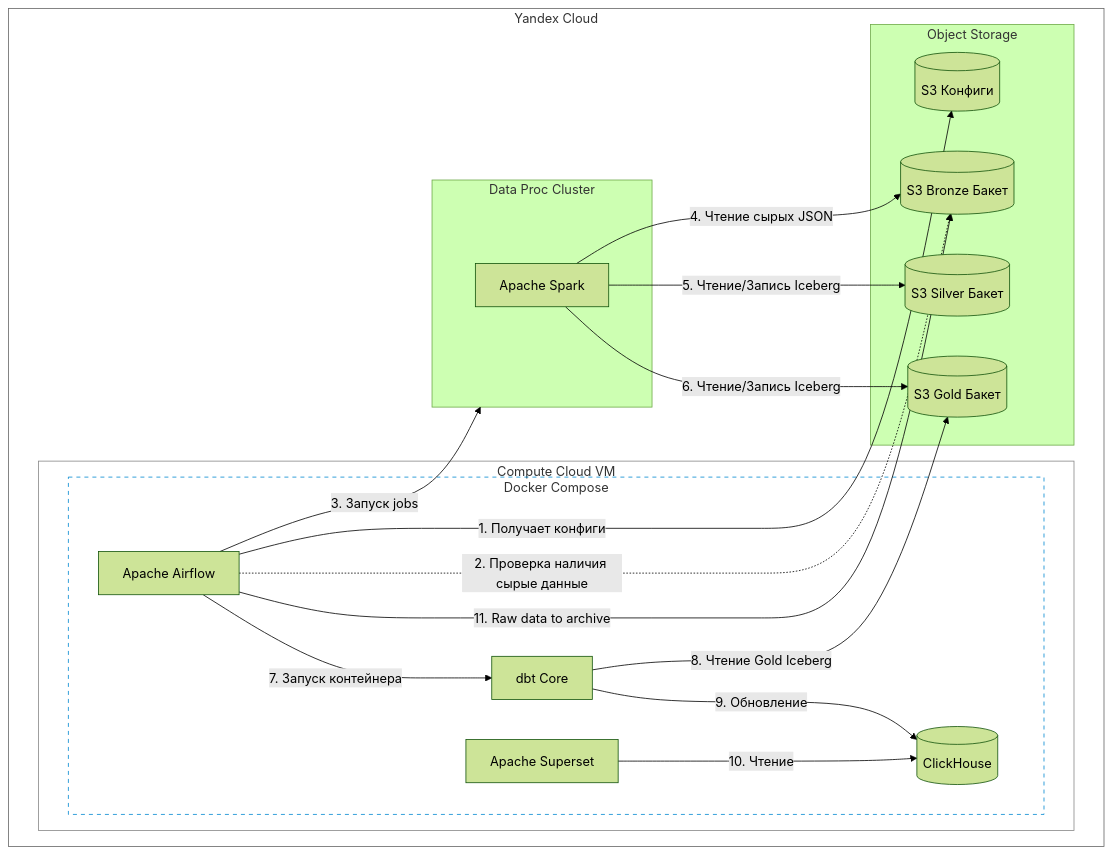
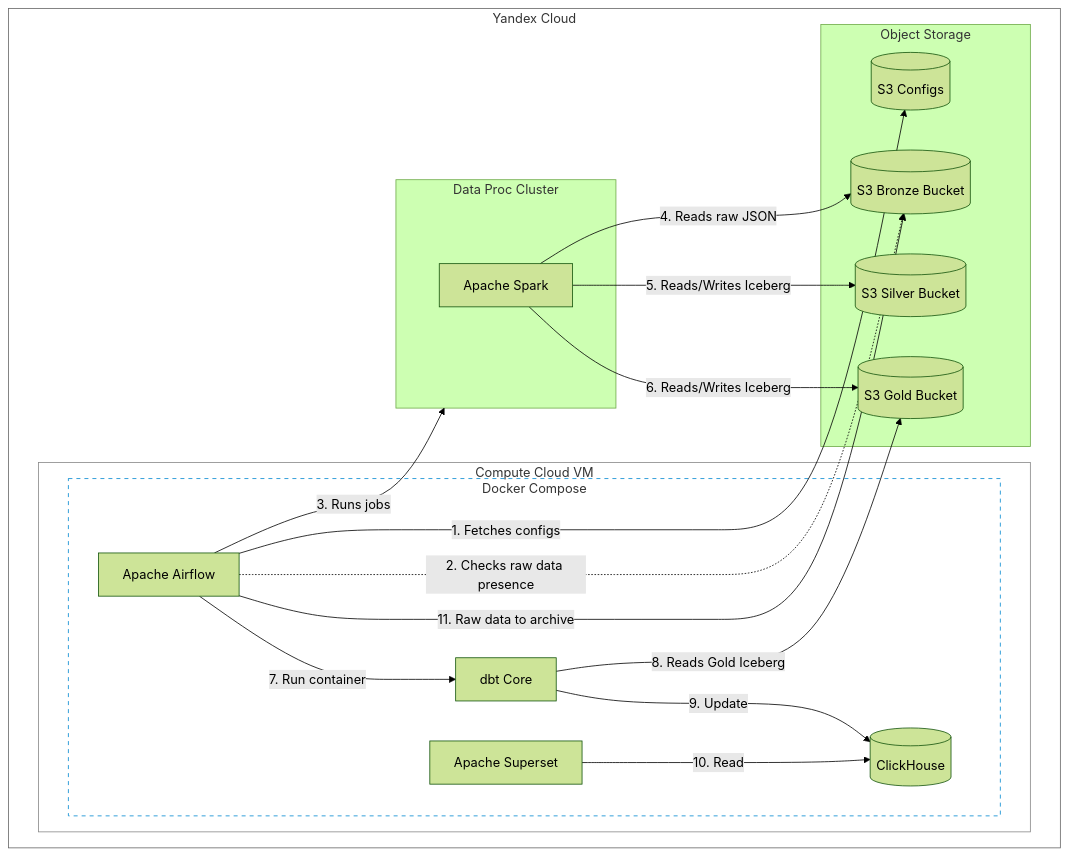
One commit to VasinDK/spark_med_analytics changed the second of 3 diagrams in README.md. Above: the diagram before and after it, drawn with Mermaid (forest theme). The commit also changed other lines of this file and 22 other files, not shown here.

````diff
--- a/README.md
+++ b/README.md
@@ -35,45 +37,45 @@
 ```mermaid
 graph TD
     subgraph YC [Yandex Cloud]
         subgraph VM [Compute Cloud VM]
             subgraph DK [Docker Compose]
-                AF[Apache Airflow] -->|7. Запуск контейнера| DBT[dbt Core]
-                DBT -->|9. Обновление| CH[(ClickHouse)]
-                SUP[Apache Superset] -->|10. Чтение | CH
+                AF[Apache Airflow] -->|7. Run container| DBT[dbt Core]
+                DBT -->|9. Update| CH[(ClickHouse)]
+                SUP[Apache Superset] -->|10. Read | CH
             end
         end
 
         subgraph Storage [Object Storage]
-            S3_G[(S3 Gold Бакет)]
-            S3_S[(S3 Silver Бакет)]
-            S3_B[(S3 Bronze Бакет)]
-            S3_M[(S3 Конфиги)]
+            S3_G[(S3 Gold Bucket)]
+            S3_S[(S3 Silver Bucket)]
+            S3_B[(S3 Bronze Bucket)]
+            S3_M[(S3 Configs)]
         end
 
         subgraph Compute [Data Proc Cluster]
             SPARK[Apache Spark]
         end
 
-        %% Цепочка выполнения пайплайна
-        AF -->|1. Получает конфиги| S3_M
-        AF -.->|2. Проверка наличия сырые данные| S3_B
-        AF -->|3. Запуск jobs| Compute
+        %% Pipeline execution chain
+        AF -->|1. Fetches configs| S3_M
+        AF -.->|2. Checks raw data presence| S3_B
+        AF -->|3. Runs jobs| Compute
         
-        %% Взаимодействие Spark с бакетами
-        SPARK -->|4. Чтение сырых JSON| S3_B
-        SPARK -->|5. Чтение/Запись Iceberg| S3_S
-        SPARK -->|6. Чтение/Запись Iceberg| S3_G
+        %% Spark interaction with buckets
+        SPARK -->|4. Reads raw JSON| S3_B
+        SPARK -->|5. Reads/Writes Iceberg| S3_S
+        SPARK -->|6. Reads/Writes Iceberg| S3_G
         
-        %% Шаг архивации сырых файлов
+        %% Raw file archiving step
         AF -->|11. Raw data to archive| S3_B
         
-        %% Взаимодействие dbt с Gold-слоем
-        DBT -->|8. Чтение Gold Iceberg| S3_G
+        %% dbt interaction with the Gold layer
+        DBT -->|8. Reads Gold Iceberg| S3_G
     end
 
-    %% Прозрачный фон для трех внешних контейнеров
+    %% Transparent background for the three external containers
     style YC fill:none,stroke:#666666,stroke-width:1px
     style VM fill:none,stroke:#888888,stroke-width:1px
     style DK fill:none,stroke:#0288d1,stroke-width:1px,stroke-dasharray: 5 5
 
 ```
````
